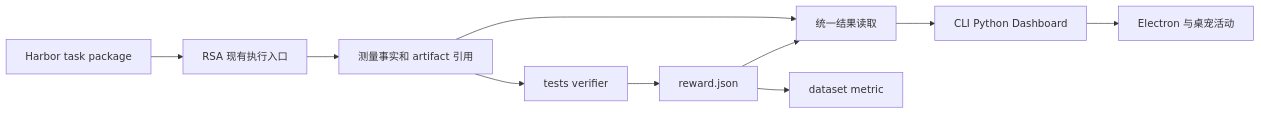
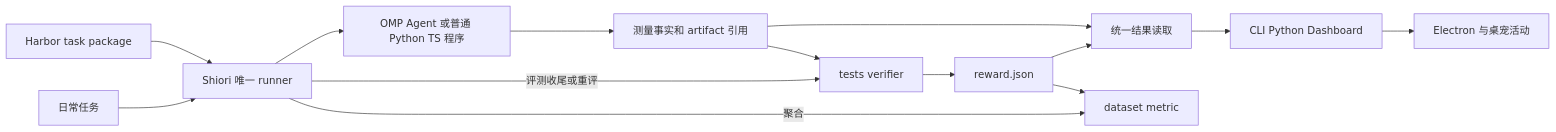
One commit to luokerenx4/Ludens-alpha changed the diagram in docs/benchmark-harbor-plan.md. Above: the diagram before and after it, drawn with Mermaid. The commit also changed other lines of this file, not shown here.

Commit message:
docs: make Shiori the sole benchmark runner

````diff
--- a/docs/benchmark-harbor-plan.md
+++ b/docs/benchmark-harbor-plan.md
@@ -48,12 +50,16 @@
 ```mermaid
 flowchart LR
-  T[Harbor task package] --> E[RSA 现有执行入口]
+  U[日常任务] --> S[Shiori 唯一 runner]
+  T[Harbor task package] --> S
+  S --> E[OMP Agent 或普通 Python TS 程序]
   E --> A[测量事实和 artifact 引用]
+  S -->|评测收尾或重评| V[tests verifier]
   A --> V[tests verifier]
   V --> R[reward.json]
   R --> Q[统一结果读取]
   A --> Q
   Q --> C[CLI Python Dashboard]
-  R --> M[dataset metric]
+  S -->|聚合| M[dataset metric]
+  R --> M
   C --> P[Electron 与桌宠活动]
 ```
````
